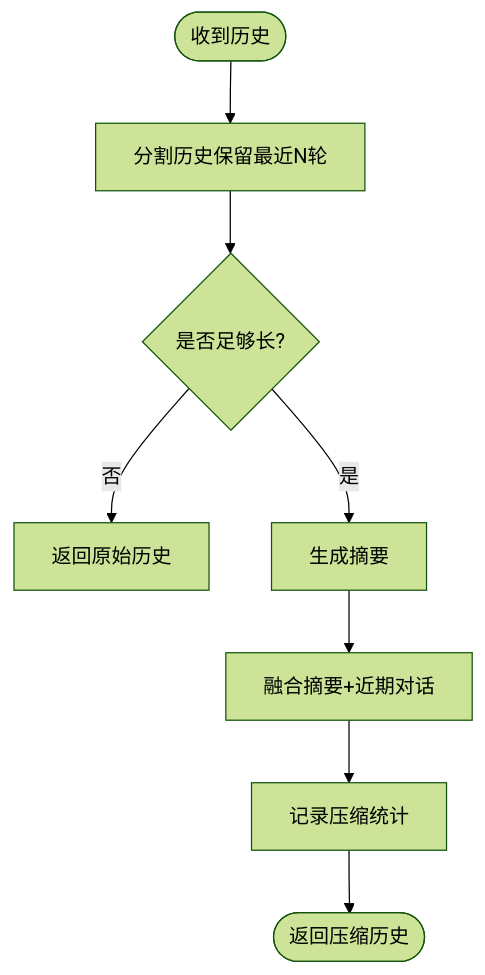
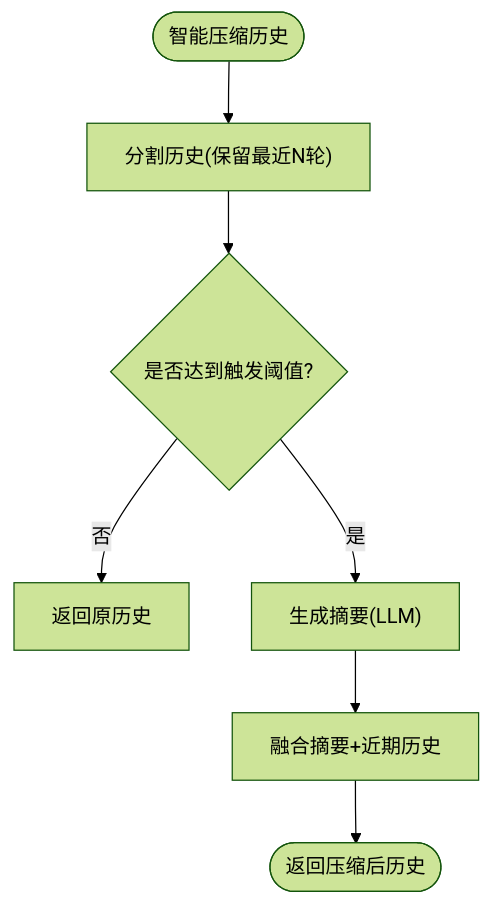
One commit to HanHuiOnLine/724-office changed the seventh of 8 diagrams in NL2SQL/.qoder/repowiki/zh/content/记忆系统/记忆系统.md. Above: the diagram before and after it, drawn with Mermaid (forest theme). The commit also changed other lines of this file and 203 other files, not shown here.

````diff
--- a/NL2SQL/.qoder/repowiki/zh/content/记忆系统/记忆系统.md
+++ b/NL2SQL/.qoder/repowiki/zh/content/记忆系统/记忆系统.md
@@ -243,10 +327,9 @@
 ```mermaid
 flowchart TD
-SStart(["收到历史"]) --> Split["分割历史保留最近N轮"]
-Split --> Enough{"是否足够长?"}
-Enough --> |否| ReturnRaw["返回原始历史"]
-Enough --> |是| Summarize["生成摘要"]
-Summarize --> Merge["融合摘要+近期对话"]
-Merge --> Stats["记录压缩统计"]
-Stats --> SEnd(["返回压缩历史"])
+Start(["智能压缩历史"]) --> Split["分割历史(保留最近N轮)"]
+Split --> Enough{"是否达到触发阈值?"}
+Enough --> |否| Return["返回原历史"]
+Enough --> |是| Summarize["生成摘要(LLM)"]
+Summarize --> Merge["融合摘要+近期历史"]
+Merge --> End(["返回压缩后历史"])
 ```
````
